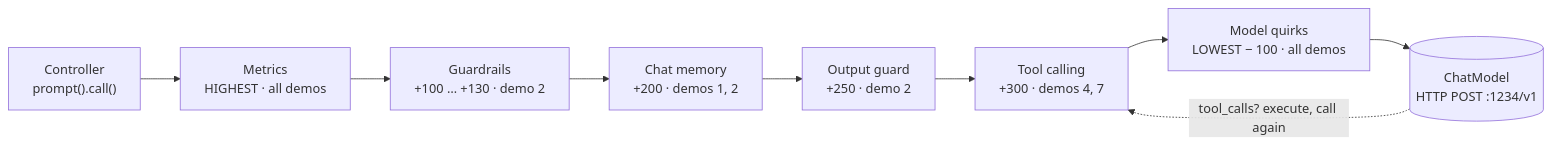
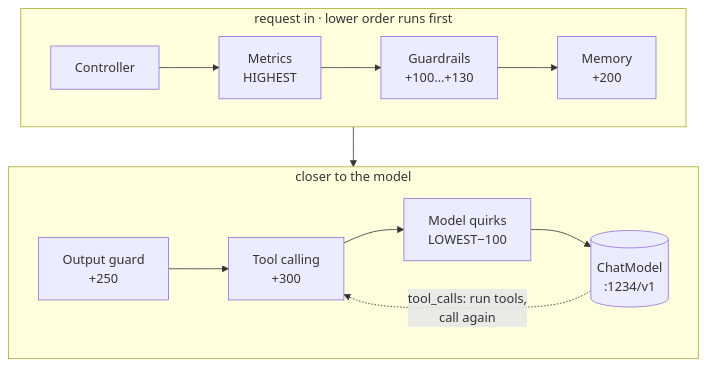
Before and after one commit to VimalKmr250/ai-concepts-demo: the first of 12 diagrams in docs/CONCEPTS.md, drawn with Mermaid. The commit also changed other lines of this file and 1 other file, not shown here.

First line of the commit message:
Make Mermaid diagrams readable on GitHub

````diff
--- a/docs/CONCEPTS.md
+++ b/docs/CONCEPTS.md
@@ -36,11 +36,13 @@
 ```mermaid
-flowchart LR
-    C["Controller<br/>prompt().call()"] --> M["Metrics<br/>HIGHEST · all demos"]
-    M --> G["Guardrails<br/>+100 … +130 · demo 2"]
-    G --> MEM["Chat memory<br/>+200 · demos 1, 2"]
-    MEM --> O["Output guard<br/>+250 · demo 2"]
-    O --> T["Tool calling<br/>+300 · demos 4, 7"]
-    T --> Q["Model quirks<br/>LOWEST − 100 · all demos"]
-    Q --> LLM[("ChatModel<br/>HTTP POST :1234/v1")]
-    LLM -. "tool_calls? execute, call again" .-> T
+flowchart TB
+  subgraph IN["request in · lower order runs first"]
+    direction LR
+    C["Controller"] --> M["Metrics<br/>HIGHEST"] --> G["Guardrails<br/>+100…+130"] --> MEM["Memory<br/>+200"]
+  end
+  subgraph DEEP["closer to the model"]
+    direction LR
+    O["Output guard<br/>+250"] --> T["Tool calling<br/>+300"] --> Q["Model quirks<br/>LOWEST−100"] --> LLM[("ChatModel<br/>:1234/v1")]
+    LLM -. "tool_calls: run tools,<br/>call again" .-> T
+  end
+  IN --> DEEP
 ```
````
